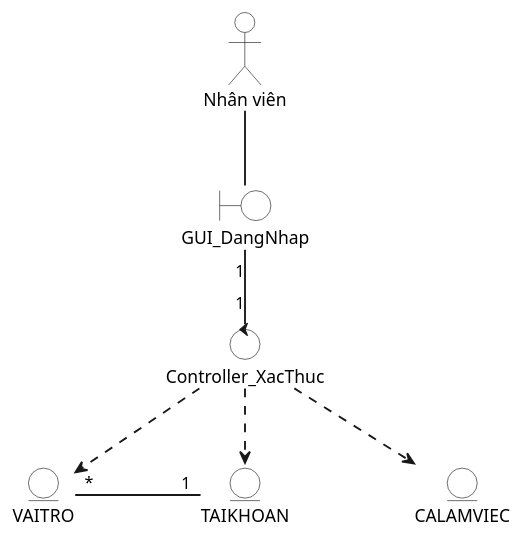
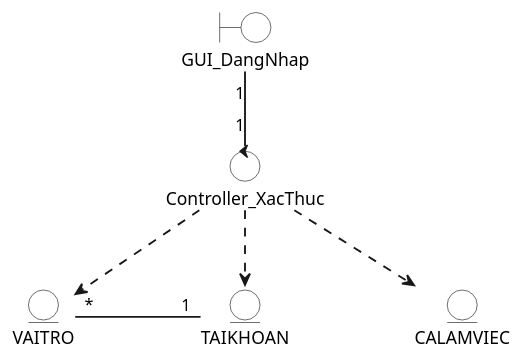
Before and after one commit to lancelotviendangkhoa710/IS-System-Development: the diagram in diagram/class/general_class_for_actor/GeneralClass_NhanVien.puml, drawn with PlantUML. The commit also changed 12 other files, not shown here.

Commit message:
fix general class diagram

```diff
--- a/diagram/class/general_class_for_actor/GeneralClass_NhanVien.puml
+++ b/diagram/class/general_class_for_actor/GeneralClass_NhanVien.puml
@@ -1,31 +1,31 @@
 @startuml GeneralClassDiagram_NhanVien
 top to bottom direction
 skinparam actorBackgroundColor White
 skinparam boundaryBackgroundColor White
 skinparam controlBackgroundColor White
 skinparam entityBackgroundColor White
 
 skinparam nodesep 100
 skinparam ranksep 60
 skinparam arrowThickness 1.5
 
-actor "Nhân viên" as NV
+' actor "Nhân viên" as NV
 
 boundary "GUI_DangNhap"
 
 control "Controller_XacThuc"
 
 entity "CALAMVIEC"
 entity "TAIKHOAN"
 entity "VAITRO"
 
-NV -- GUI_DangNhap
+' NV -- GUI_DangNhap
 
 Controller_XacThuc "1" -up- "1" GUI_DangNhap
 Controller_XacThuc .down.> CALAMVIEC
 Controller_XacThuc .down.> TAIKHOAN
 Controller_XacThuc .down.> VAITRO
 
 TAIKHOAN "1" -left- "*" VAITRO
 
 @enduml
```
